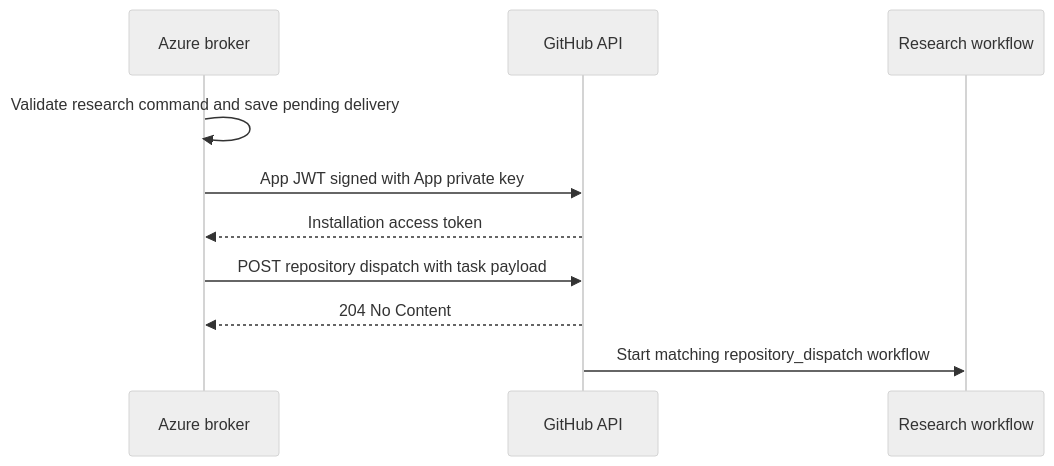
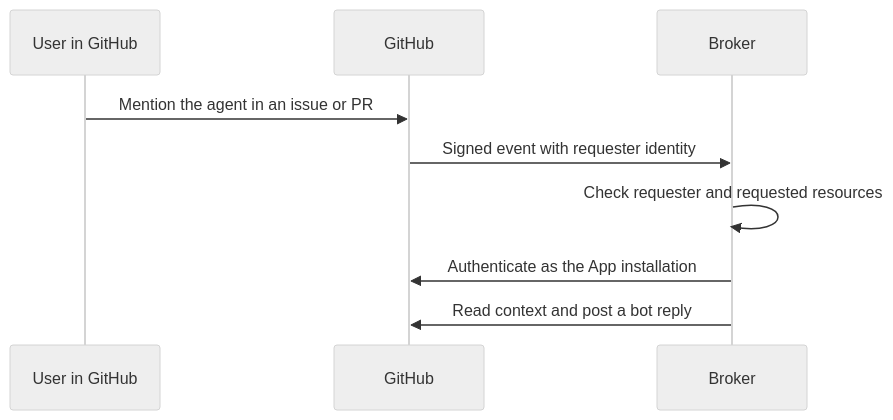
One commit to TheCloudPlumbingCo/slop-factory-pieces changed the second of 6 diagrams in docs/14-agent-workflow-automation-architecture.md. Above: the diagram before and after it, drawn with Mermaid (neutral theme). The commit also changed other lines of this file and 4 other files, not shown here.

````diff
--- a/docs/14-agent-workflow-automation-architecture.md
+++ b/docs/14-agent-workflow-automation-architecture.md
@@ -286,12 +78,11 @@
 ```mermaid
 sequenceDiagram
-  participant B as Azure broker
-  participant G as GitHub API
-  participant W as Research workflow
-  B->>B: Validate research command and save pending delivery
-  B->>G: App JWT signed with App private key
-  G-->>B: Installation access token
-  B->>G: POST repository dispatch with task payload
-  G-->>B: 204 No Content
-  G->>W: Start matching repository_dispatch workflow
+  participant U as User in GitHub
+  participant G as GitHub
+  participant B as Broker
+  U->>G: Mention the agent in an issue or PR
+  G->>B: Signed event with requester identity
+  B->>B: Check requester and requested resources
+  B->>G: Authenticate as the App installation
+  B->>G: Read context and post a bot reply
 ```
````
